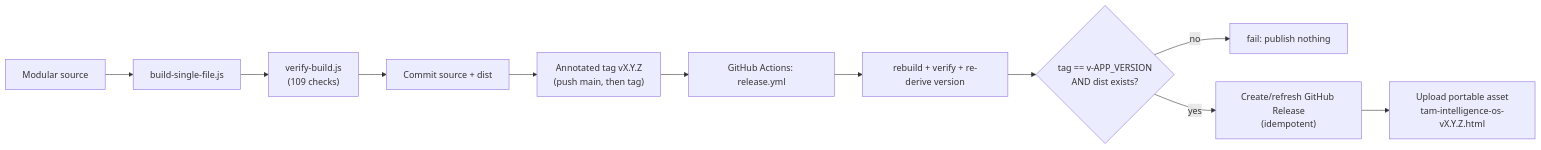
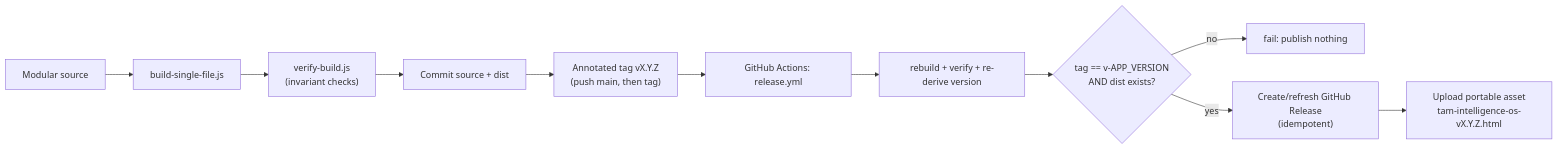
Before and after one commit to fanoryu/TAM-Intelligence-OS: the third of 3 diagrams in ARCHITECTURE.md, drawn with Mermaid. The commit also changed other lines of this file and 21 other files, not shown here.

````diff
--- a/ARCHITECTURE.md
+++ b/ARCHITECTURE.md
@@ -108,13 +108,13 @@
 ```mermaid
 flowchart LR
   SRC["Modular source"] --> BUILD["build-single-file.js"]
-  BUILD --> VERIFY["verify-build.js<br/>(109 checks)"]
+  BUILD --> VERIFY["verify-build.js<br/>(invariant checks)"]
   VERIFY --> COMMIT["Commit source + dist"]
   COMMIT --> TAG["Annotated tag vX.Y.Z<br/>(push main, then tag)"]
   TAG --> GA["GitHub Actions: release.yml"]
   GA --> REBUILD["rebuild + verify + re-derive version"]
   REBUILD --> GATE{"tag == v-APP_VERSION<br/>AND dist exists?"}
   GATE -->|no| STOP["fail: publish nothing"]
   GATE -->|yes| REL["Create/refresh GitHub Release<br/>(idempotent)"]
   REL --> ASSET["Upload portable asset<br/>tam-intelligence-os-vX.Y.Z.html"]
 ```
````
